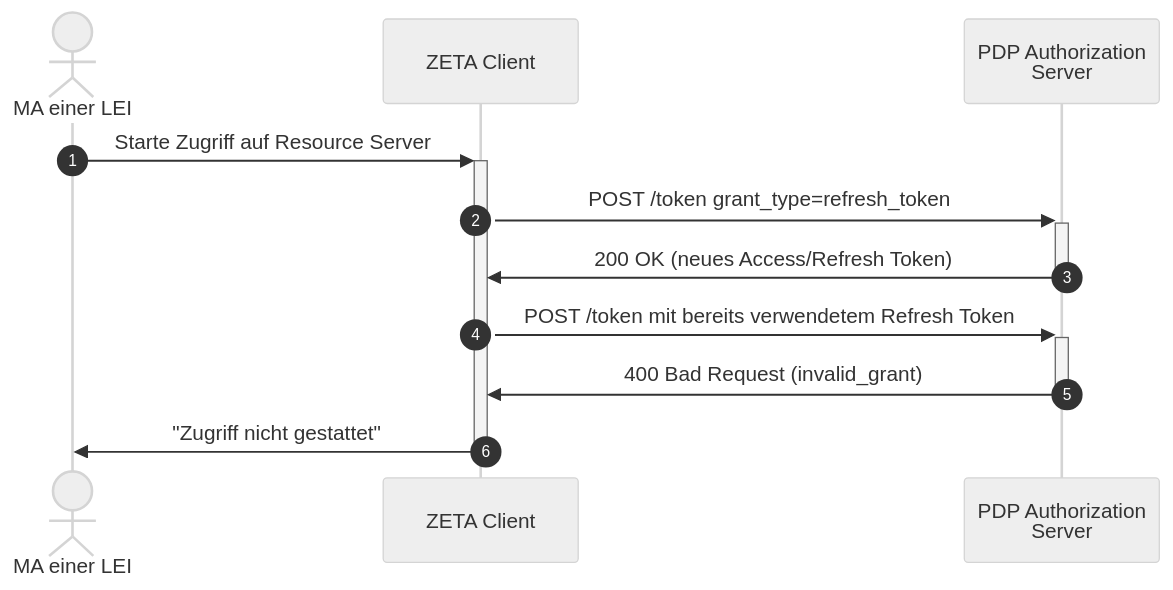
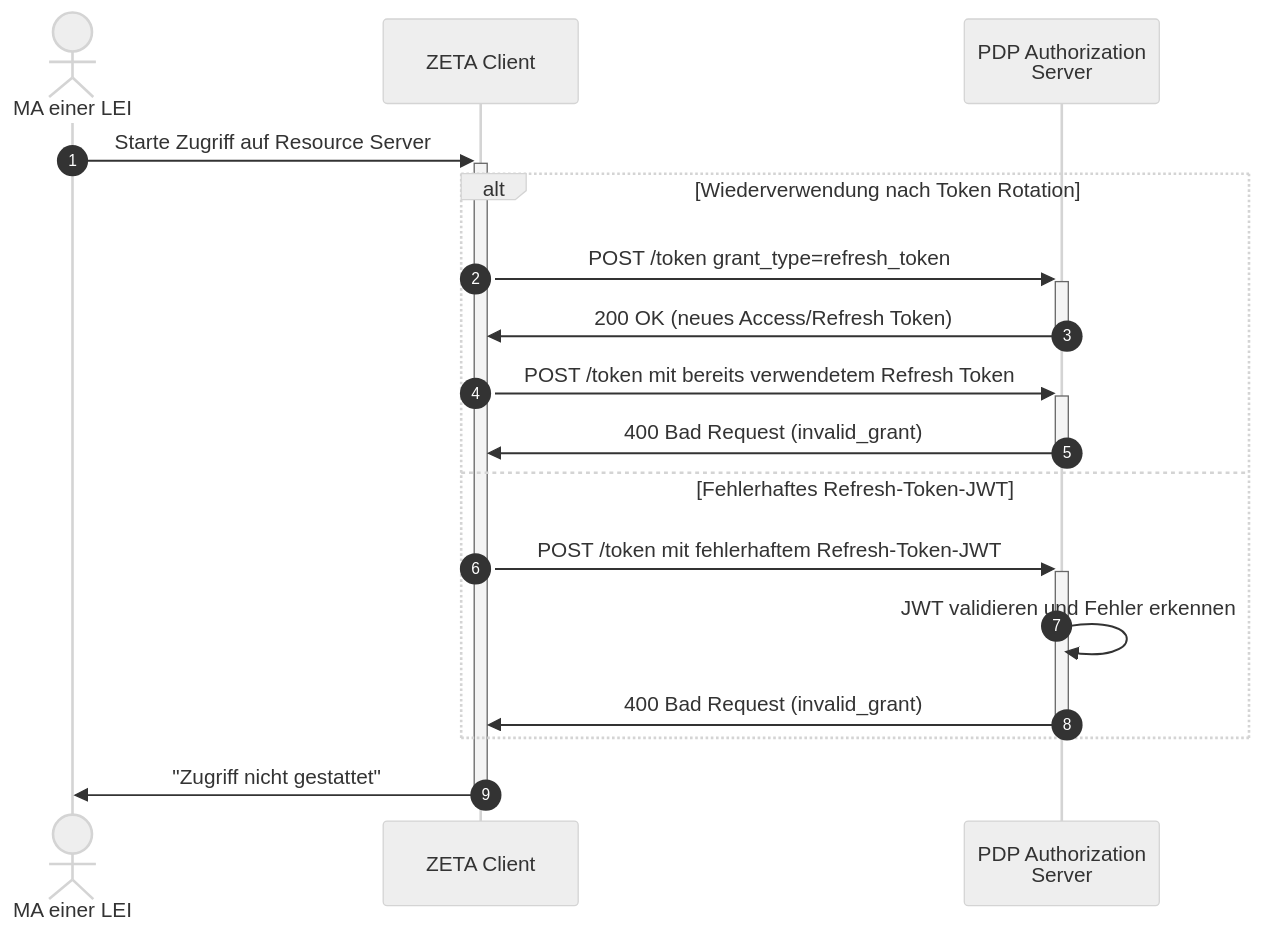
Before and after one commit to gematik/zeta-tiger-testsuite: the diagram in src/test/resources/features/UserStory_01/UseCase_27/readme.adoc, drawn with Mermaid (neutral theme). The commit also changed other lines of this file and 1706 other files, not shown here.

```diff
--- a/src/test/resources/features/UserStory_01/UseCase_27/readme.adoc
+++ b/src/test/resources/features/UserStory_01/UseCase_27/readme.adoc
@@ -56,16 +62,22 @@
 [mermaid,usecase-01-27-sequence,svg]
 ....
 sequenceDiagram
     autonumber
 
     actor MA as MA einer LEI
     participant ZC as ZETA Client
     participant PDP-AS as PDP Authorization<br>Server
 
     MA->>+ZC: Starte Zugriff auf Resource Server
-    ZC->>+PDP-AS: POST /token grant_type=refresh_token
-    PDP-AS->>-ZC: 200 OK (neues Access/Refresh Token)
-    ZC->>+PDP-AS: POST /token mit bereits verwendetem Refresh Token
-    PDP-AS->>-ZC: 400 Bad Request (invalid_grant)
+    alt Wiederverwendung nach Token Rotation
+        ZC->>+PDP-AS: POST /token grant_type=refresh_token
+        PDP-AS->>-ZC: 200 OK (neues Access/Refresh Token)
+        ZC->>+PDP-AS: POST /token mit bereits verwendetem Refresh Token
+        PDP-AS->>-ZC: 400 Bad Request (invalid_grant)
+    else Fehlerhaftes Refresh-Token-JWT
+        ZC->>+PDP-AS: POST /token mit fehlerhaftem Refresh-Token-JWT
+        PDP-AS->>PDP-AS: JWT validieren und Fehler erkennen
+        PDP-AS->>-ZC: 400 Bad Request (invalid_grant)
+    end
     ZC->>-MA: "Zugriff nicht gestattet"
 ....
```
